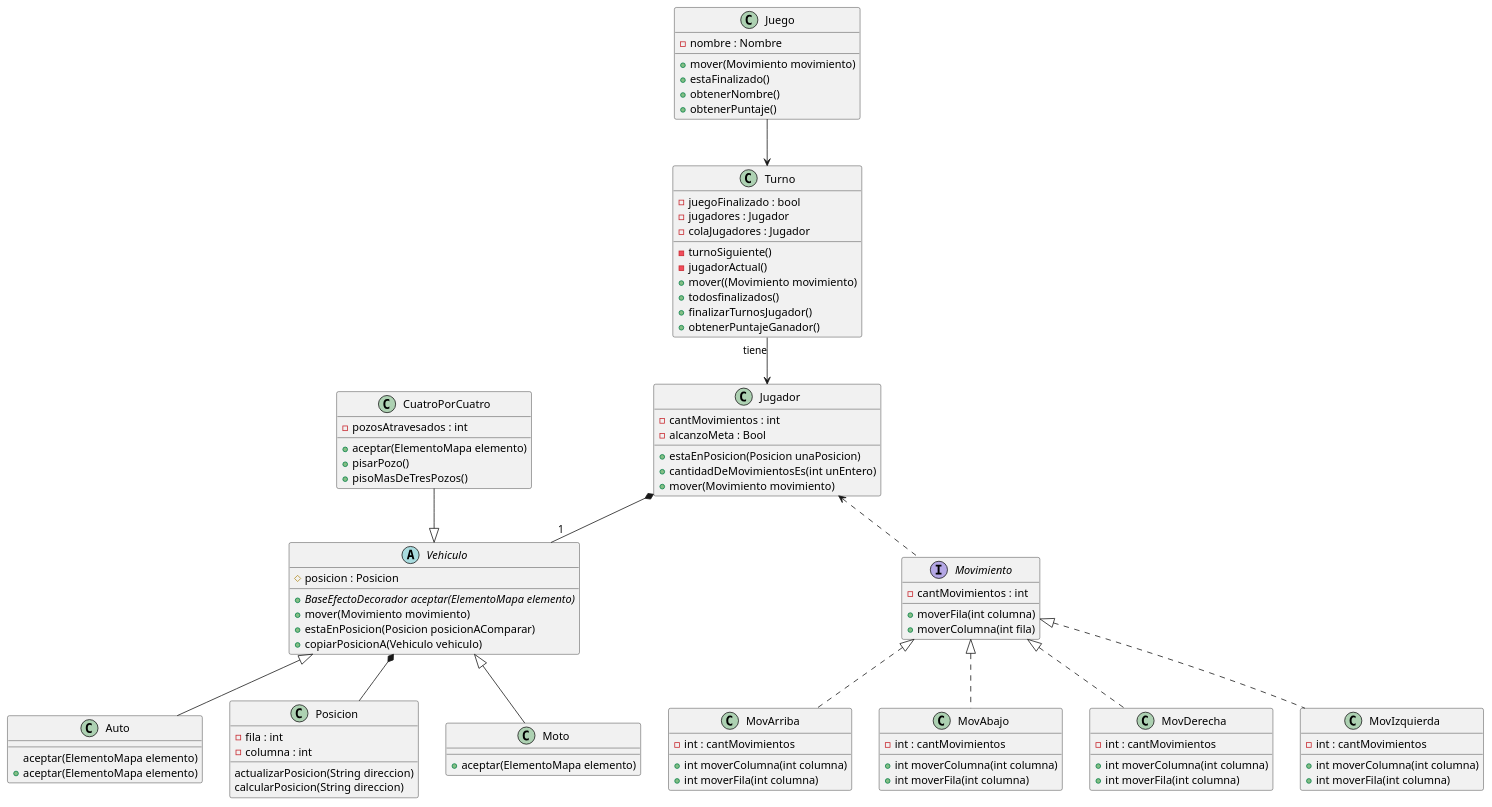
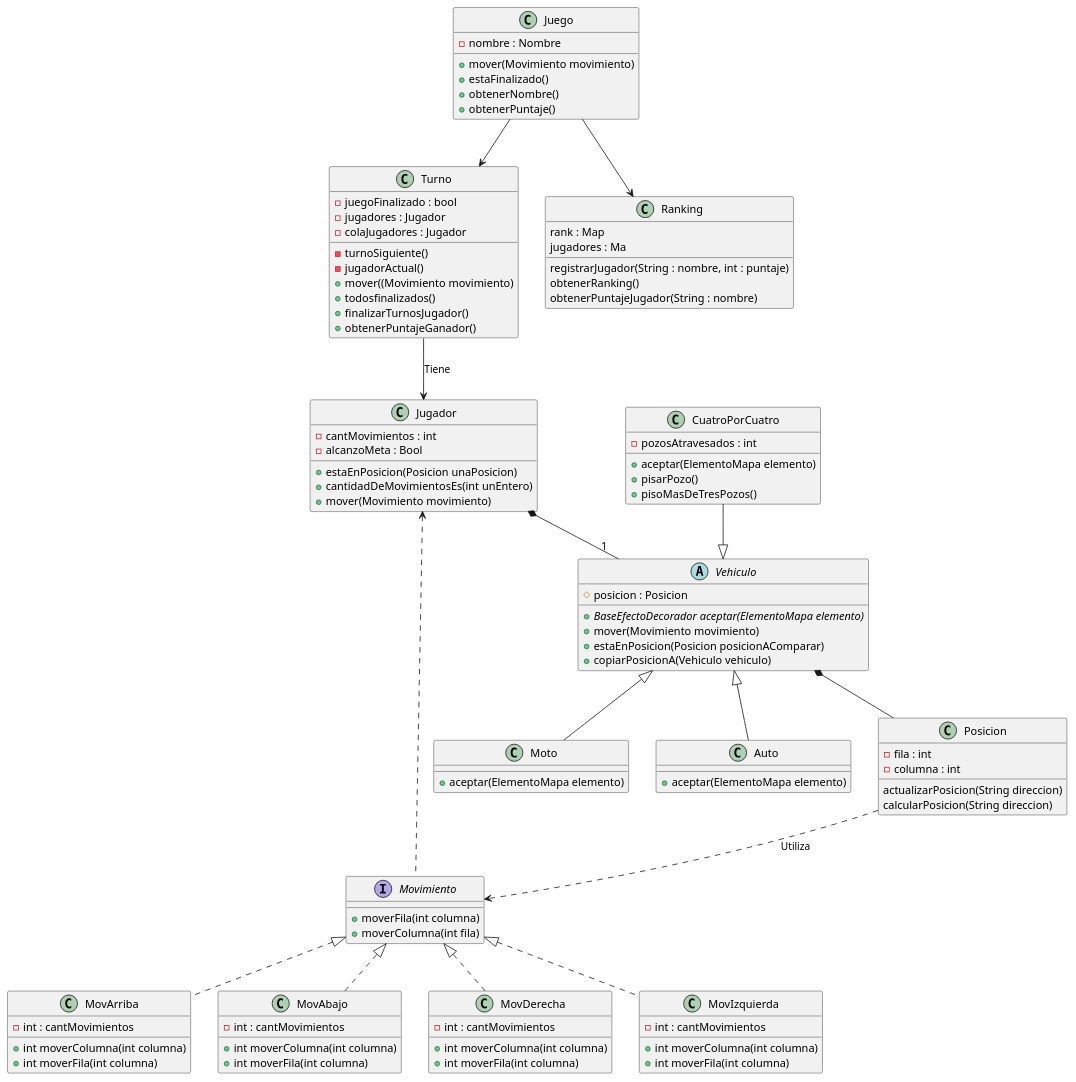
Before and after one commit to TomBPotochek/AlgoRitmos-GPS_Challenge-TP2: the diagram in diagrams/classes/diagrama_clases_movimiento.puml, drawn with PlantUML. The commit also changed 2 other files, not shown here.

Commit message:
diagramas actualizados

```diff
--- a/diagrams/classes/diagrama_clases_movimiento.puml
+++ b/diagrams/classes/diagrama_clases_movimiento.puml
@@ -1,100 +1,107 @@
 @startuml
 'https://plantuml.com/class-diagram'
 abstract class Vehiculo{
     # posicion : Posicion
     +{abstract} BaseEfectoDecorador aceptar(ElementoMapa elemento)
     + mover(Movimiento movimiento)
     + estaEnPosicion(Posicion posicionAComparar)
     + copiarPosicionA(Vehiculo vehiculo)
 }
-class CuatroPorCuatro{
-    - pozosAtravesados : int
-    +aceptar(ElementoMapa elemento)
-    +pisarPozo()
-    +pisoMasDeTresPozos()
-}
 
-class Auto{
- aceptar(ElementoMapa elemento)
-}
 class Posicion{
     - fila : int
     - columna : int
     actualizarPosicion(String direccion)
     calcularPosicion(String direccion)
 }
 
 interface Movimiento{
-    - cantMovimientos : int
     +moverFila(int columna)
     +moverColumna(int fila)
 }
 class MovArriba implements Movimiento{
     -int : cantMovimientos
     +int moverColumna(int columna)
     +int moverFila(int columna)
 }
 class MovAbajo implements Movimiento{
     -int : cantMovimientos
     +int moverColumna(int columna)
     +int moverFila(int columna)
 }
 class MovDerecha implements Movimiento{
     -int : cantMovimientos
     +int moverColumna(int columna)
     +int moverFila(int columna)
 }
 class MovIzquierda implements Movimiento{
     -int : cantMovimientos
     +int moverColumna(int columna)
     +int moverFila(int columna)
 }
 
 class Jugador{
     - cantMovimientos : int
     + estaEnPosicion(Posicion unaPosicion)
     + cantidadDeMovimientosEs(int unEntero)
     + mover(Movimiento movimiento)
     - alcanzoMeta : Bool
 }
 
 class Juego{
     - nombre : Nombre
     + mover(Movimiento movimiento)
     + estaFinalizado()
     + obtenerNombre()
     + obtenerPuntaje()
 }
 
 class Turno{
         - juegoFinalizado : bool
         - jugadores : Jugador
         - colaJugadores : Jugador
         - turnoSiguiente()
         - jugadorActual()
         + mover((Movimiento movimiento)
         + todosfinalizados()
         + finalizarTurnosJugador()
         + obtenerPuntajeGanador()
 }
 
+class CuatroPorCuatro{
+    - pozosAtravesados : int
+    +aceptar(ElementoMapa elemento)
+    +pisarPozo()
+    +pisoMasDeTresPozos()
+}
 
 class Moto extends Vehiculo{
     +aceptar(ElementoMapa elemento)
 }
 class Auto extends Vehiculo{
     +aceptar(ElementoMapa elemento)
 }
 
+class Ranking{
+    rank : Map
+    jugadores : Ma
+    registrarJugador(String : nombre, int : puntaje)
+    obtenerRanking()
+    obtenerPuntajeJugador(String : nombre)
+}
+
+Juego --> Ranking
 Juego --> Turno
 
 CuatroPorCuatro --|> Vehiculo
 
 Vehiculo *--Posicion
 
 Jugador <.. Movimiento
 
 Jugador *--"1" Vehiculo
 
-Turno "tiene"--> Jugador
+Turno --> Jugador : Tiene
+
+Posicion ..> Movimiento : Utiliza
 @enduml
```
